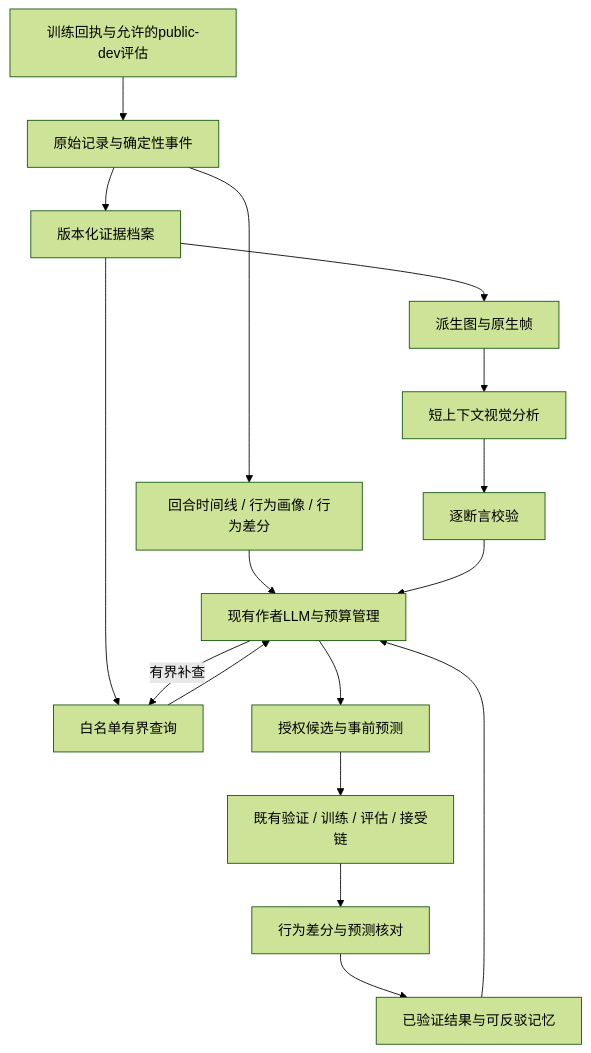
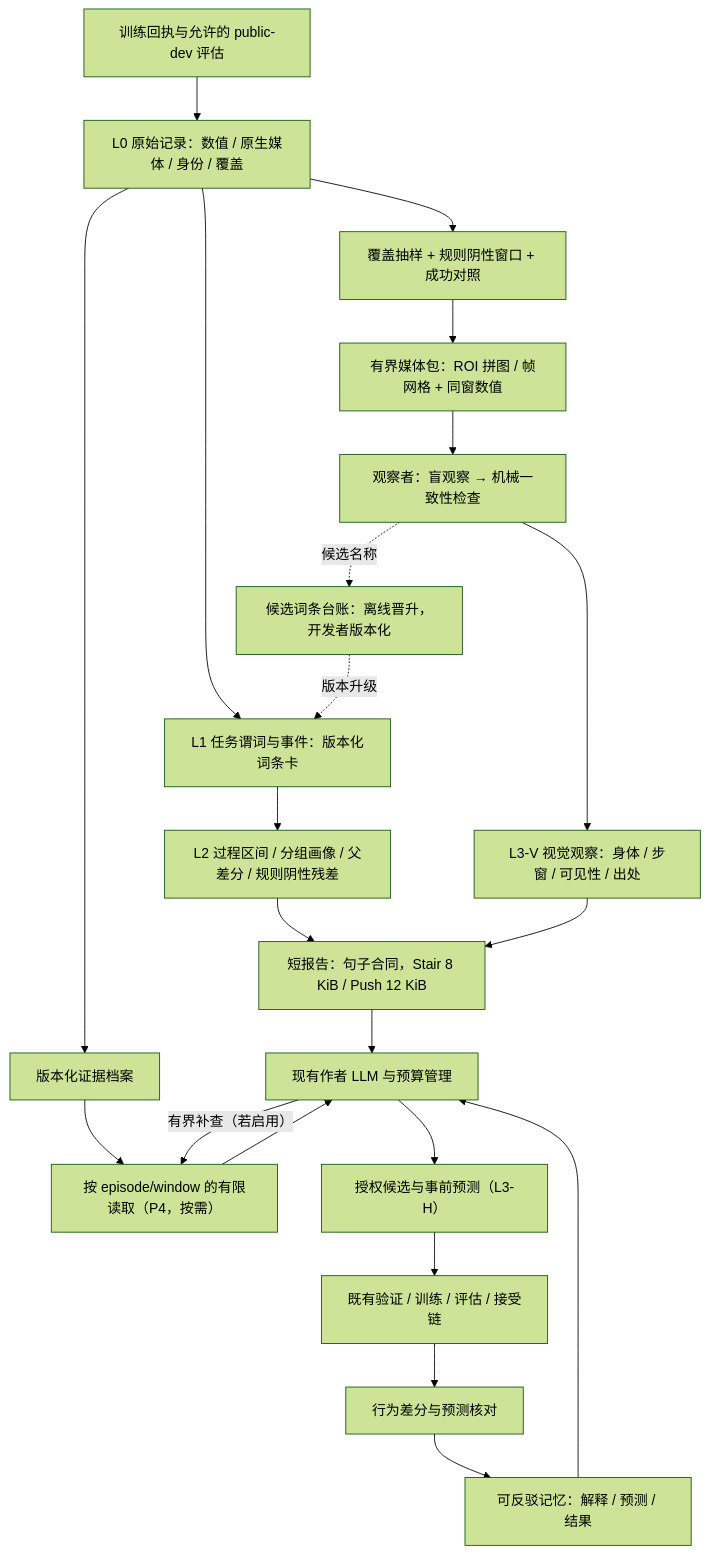
One commit to zzsyppt/RobotRewardRSI changed the diagram in true_RL_Agent/PLAN/feedback_sys/FEEDBACK_SYSTEM_UPGRADE_PLAN_ZH.md. Above: the diagram before and after it, drawn with Mermaid (forest theme). The commit also changed other lines of this file and 686 other files, not shown here.

````diff
--- a/true_RL_Agent/PLAN/feedback_sys/FEEDBACK_SYSTEM_UPGRADE_PLAN_ZH.md
+++ b/true_RL_Agent/PLAN/feedback_sys/FEEDBACK_SYSTEM_UPGRADE_PLAN_ZH.md
@@ -51,19 +147,24 @@
 ```mermaid
 flowchart TB
-    E[训练回执与允许的public-dev评估] --> O[原始记录与确定性事件]
-    O --> B[回合时间线 / 行为画像 / 行为差分]
-    O --> S[版本化证据档案]
-    S --> Q[白名单有界查询]
-    S --> V[派生图与原生帧]
-    V --> A[短上下文视觉分析]
-    A --> C[逐断言校验]
-    B --> W[现有作者LLM与预算管理]
-    C --> W
-    M[已验证结果与可反驳记忆] --> W
-    W -->|有界补查| Q
+    E["训练回执与允许的 public-dev 评估"] --> O["L0 原始记录：数值 / 原生媒体 / 身份 / 覆盖"]
+    O --> L1["L1 任务谓词与事件：版本化词条卡"]
+    L1 --> L2["L2 过程区间 / 分组画像 / 父差分 / 规则阴性残差"]
+    O --> S["版本化证据档案"]
+    S --> Q["按 episode/window 的有限读取（P4，按需）"]
+    O --> U["覆盖抽样 + 规则阴性窗口 + 成功对照"]
+    U --> V["有界媒体包：ROI 拼图 / 帧网格 + 同窗数值"]
+    V --> A["观察者：盲观察 → 机械一致性检查"]
+    A --> L3V["L3-V 视觉观察：身体 / 步窗 / 可见性 / 出处"]
+    L2 --> R["短报告：句子合同，Stair 8 KiB / Push 12 KiB"]
+    L3V --> R
+    R --> W["现有作者 LLM 与预算管理"]
+    M["可反驳记忆：解释 / 预测 / 结果"] --> W
+    W -->|"有界补查（若启用）"| Q
     Q --> W
-    W --> P[授权候选与事前预测]
-    P --> T[既有验证 / 训练 / 评估 / 接受链]
-    T --> D[行为差分与预测核对]
+    W --> P["授权候选与事前预测（L3-H）"]
+    P --> T["既有验证 / 训练 / 评估 / 接受链"]
+    T --> D["行为差分与预测核对"]
     D --> M
+    A -.->|"候选名称"| C["候选词条台账：离线晋升，开发者版本化"]
+    C -.->|"版本升级"| L1
 ```
````
